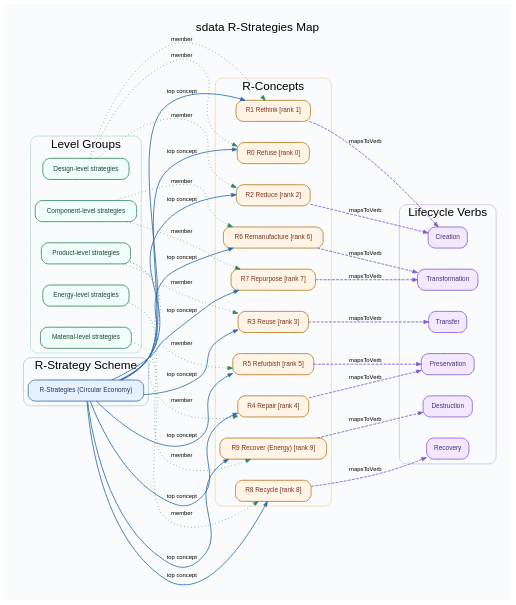
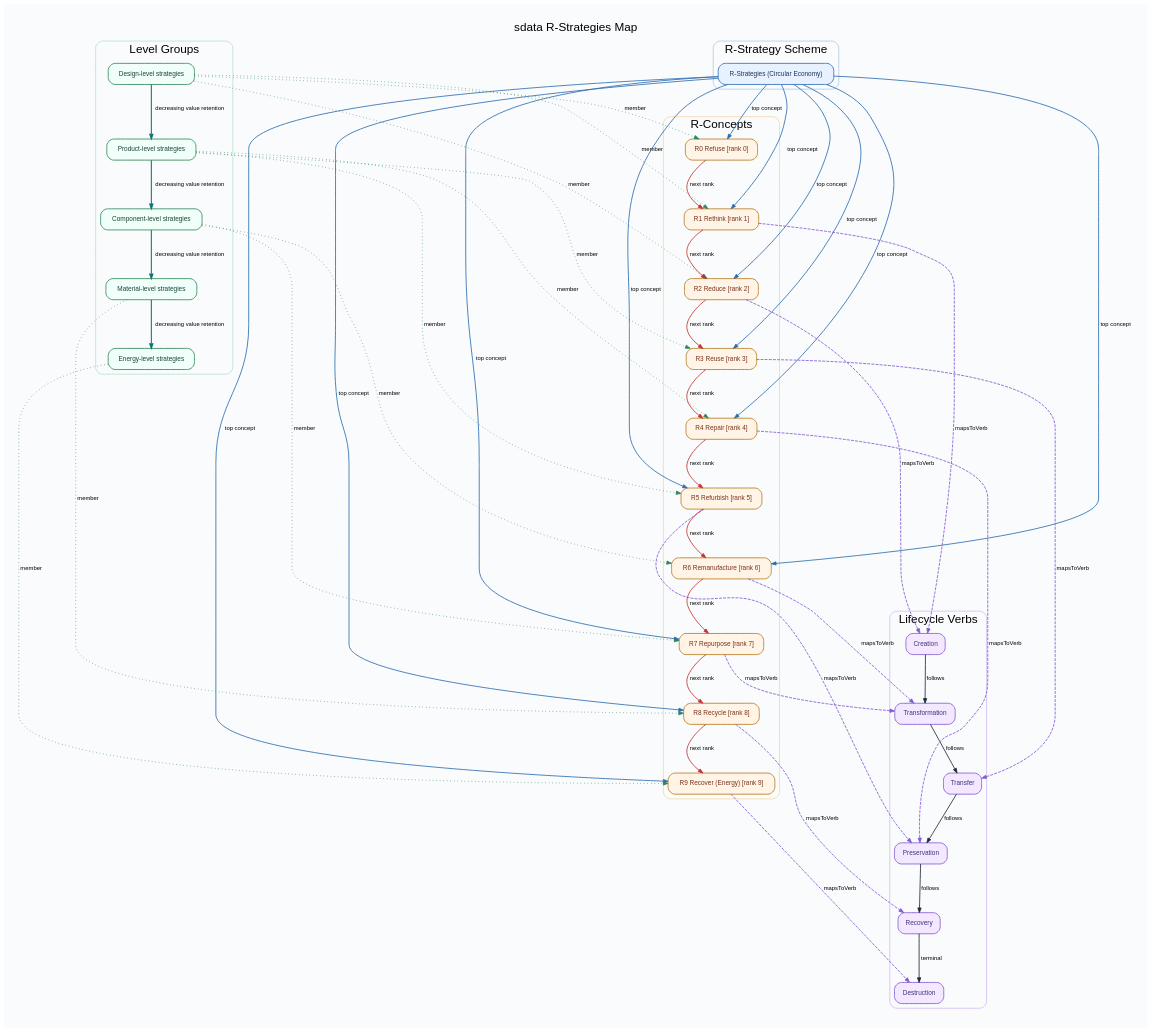
Before and after one commit to lepy/sdata-ontology: the diagram in docs/diagrams/sdata-r-strategies-map.dot, drawn with Graphviz. The commit also changed 2 other files, not shown here.

Commit message:
Refine R-strategies graph ordering and level links

```diff
--- a/docs/diagrams/sdata-r-strategies-map.dot
+++ b/docs/diagrams/sdata-r-strategies-map.dot
@@ -8,7 +8,7 @@
 		nodesep=0.5,
 		overlap=false,
 		pad=0.35,
-		rankdir=LR,
+		rankdir=TB,
 		ranksep=1.0,
 		splines=true
 	];
@@ -26,9 +26,52 @@
 		fontsize=10,
 		penwidth=1.4
 	];
+	subgraph cluster_scheme {
+		graph [color="#90B5E8",
+			label="R-Strategy Scheme",
+			rankdir=TB,
+			style=rounded
+		];
+		"https://w3id.org/sdata/r-strategies/RStrategyScheme"	[color="#2B6CB0",
+			fillcolor="#E8F1FF",
+			fontcolor="#1A365D",
+			label="R-Strategies (Circular Economy)"];
+	}
+	subgraph cluster_verbs {
+		graph [color="#C3A7F2",
+			label="Lifecycle Verbs",
+			rankdir=TB,
+			style=rounded
+		];
+		"https://w3id.org/sdata/core/Creation"	[color="#805AD5",
+			fillcolor="#F3E8FF",
+			fontcolor="#44337A",
+			label=Creation];
+		"https://w3id.org/sdata/core/Destruction"	[color="#805AD5",
+			fillcolor="#F3E8FF",
+			fontcolor="#44337A",
+			label=Destruction];
+		"https://w3id.org/sdata/core/Preservation"	[color="#805AD5",
+			fillcolor="#F3E8FF",
+			fontcolor="#44337A",
+			label=Preservation];
+		"https://w3id.org/sdata/core/Recovery"	[color="#805AD5",
+			fillcolor="#F3E8FF",
+			fontcolor="#44337A",
+			label=Recovery];
+		"https://w3id.org/sdata/core/Transfer"	[color="#805AD5",
+			fillcolor="#F3E8FF",
+			fontcolor="#44337A",
+			label=Transfer];
+		"https://w3id.org/sdata/core/Transformation"	[color="#805AD5",
+			fillcolor="#F3E8FF",
+			fontcolor="#44337A",
+			label=Transformation];
+	}
 	subgraph cluster_groups {
 		graph [color="#9AD9BF",
 			label="Level Groups",
+			rankdir=TB,
 			style=rounded
 		];
 		"https://w3id.org/sdata/r-strategies/ComponentLevel"	[color="#2F855A",
@@ -52,19 +95,10 @@
 			fontcolor="#1C4532",
 			label="Product-level strategies"];
 	}
-	subgraph cluster_scheme {
-		graph [color="#90B5E8",
-			label="R-Strategy Scheme",
-			style=rounded
-		];
-		"https://w3id.org/sdata/r-strategies/RStrategyScheme"	[color="#2B6CB0",
-			fillcolor="#E8F1FF",
-			fontcolor="#1A365D",
-			label="R-Strategies (Circular Economy)"];
-	}
 	subgraph cluster_concepts {
 		graph [color="#F3C887",
 			label="R-Concepts",
+			rankdir=TB,
 			style=rounded
 		];
 		"https://w3id.org/sdata/r-strategies/R0_Refuse"	[color="#B7791F",
@@ -108,42 +142,99 @@
 			fontcolor="#7B341E",
 			label="R9 Recover (Energy) [rank 9]"];
 	}
-	subgraph cluster_verbs {
-		graph [color="#C3A7F2",
-			label="Lifecycle Verbs",
-			style=rounded
+	subgraph cluster_rank_0_R0_Refuse {
+		graph [rank=same,
+			style=invis
 		];
-		"https://w3id.org/sdata/core/Creation"	[color="#805AD5",
-			fillcolor="#F3E8FF",
-			fontcolor="#44337A",
-			label=Creation];
-		"https://w3id.org/sdata/core/Destruction"	[color="#805AD5",
-			fillcolor="#F3E8FF",
-			fontcolor="#44337A",
-			label=Destruction];
-		"https://w3id.org/sdata/core/Preservation"	[color="#805AD5",
-			fillcolor="#F3E8FF",
-			fontcolor="#44337A",
-			label=Preservation];
-		"https://w3id.org/sdata/core/Recovery"	[color="#805AD5",
-			fillcolor="#F3E8FF",
-			fontcolor="#44337A",
-			label=Recovery];
-		"https://w3id.org/sdata/core/Transfer"	[color="#805AD5",
-			fillcolor="#F3E8FF",
-			fontcolor="#44337A",
-			label=Transfer];
-		"https://w3id.org/sdata/core/Transformation"	[color="#805AD5",
-			fillcolor="#F3E8FF",
-			fontcolor="#44337A",
-			label=Transformation];
+		"https://w3id.org/sdata/r-strategies/R0_Refuse";
 	}
+	subgraph cluster_rank_1_R1_Rethink {
+		graph [rank=same,
+			style=invis
+		];
+		"https://w3id.org/sdata/r-strategies/R1_Rethink";
+	}
+	subgraph cluster_rank_2_R2_Reduce {
+		graph [rank=same,
+			style=invis
+		];
+		"https://w3id.org/sdata/r-strategies/R2_Reduce";
+	}
+	subgraph cluster_rank_3_R3_Reuse {
+		graph [rank=same,
+			style=invis
+		];
+		"https://w3id.org/sdata/r-strategies/R3_Reuse";
+	}
+	subgraph cluster_rank_4_R4_Repair {
+		graph [rank=same,
+			style=invis
+		];
+		"https://w3id.org/sdata/r-strategies/R4_Repair";
+	}
+	subgraph cluster_rank_5_R5_Refurbish {
+		graph [rank=same,
+			style=invis
+		];
+		"https://w3id.org/sdata/r-strategies/R5_Refurbish";
+	}
+	subgraph cluster_rank_6_R6_Remanufacture {
+		graph [rank=same,
+			style=invis
+		];
+		"https://w3id.org/sdata/r-strategies/R6_Remanufacture";
+	}
+	subgraph cluster_rank_7_R7_Repurpose {
+		graph [rank=same,
+			style=invis
+		];
+		"https://w3id.org/sdata/r-strategies/R7_Repurpose";
+	}
+	subgraph cluster_rank_8_R8_Recycle {
+		graph [rank=same,
+			style=invis
+		];
+		"https://w3id.org/sdata/r-strategies/R8_Recycle";
+	}
+	subgraph cluster_rank_9_R9_Recover {
+		graph [rank=same,
+			style=invis
+		];
+		"https://w3id.org/sdata/r-strategies/R9_Recover";
+	}
+	"https://w3id.org/sdata/core/Creation" -> "https://w3id.org/sdata/core/Transformation"	[color="#1F2937",
+		label=follows,
+		style=solid];
+	"https://w3id.org/sdata/core/Preservation" -> "https://w3id.org/sdata/core/Recovery"	[color="#1F2937",
+		label=follows,
+		style=solid];
+	"https://w3id.org/sdata/core/Recovery" -> "https://w3id.org/sdata/core/Destruction"	[color="#1F2937",
+		label=terminal,
+		style=solid];
+	"https://w3id.org/sdata/core/Transfer" -> "https://w3id.org/sdata/core/Preservation"	[color="#1F2937",
+		label=follows,
+		style=solid];
+	"https://w3id.org/sdata/core/Transformation" -> "https://w3id.org/sdata/core/Transfer"	[color="#1F2937",
+		label=follows,
+		style=solid];
+	"https://w3id.org/sdata/r-strategies/ComponentLevel" -> "https://w3id.org/sdata/r-strategies/MaterialLevel"	[color="#0F766E",
+		constraint=true,
+		label="decreasing value retention",
+		penwidth=1.8,
+		style=solid,
+		weight=80];
 	"https://w3id.org/sdata/r-strategies/ComponentLevel" -> "https://w3id.org/sdata/r-strategies/R6_Remanufacture"	[color="#2F855A",
 		label=member,
 		style=dotted];
 	"https://w3id.org/sdata/r-strategies/ComponentLevel" -> "https://w3id.org/sdata/r-strategies/R7_Repurpose"	[color="#2F855A",
 		label=member,
 		style=dotted];
+	"https://w3id.org/sdata/r-strategies/DesignLevel" -> "https://w3id.org/sdata/r-strategies/ProductLevel"	[color="#0F766E",
+		constraint=true,
+		label="decreasing value retention",
+		penwidth=1.8,
+		style=solid,
+		weight=80];
 	"https://w3id.org/sdata/r-strategies/DesignLevel" -> "https://w3id.org/sdata/r-strategies/R0_Refuse"	[color="#2F855A",
 		label=member,
 		style=dotted];
@@ -156,9 +247,21 @@
 	"https://w3id.org/sdata/r-strategies/EnergyLevel" -> "https://w3id.org/sdata/r-strategies/R9_Recover"	[color="#2F855A",
 		label=member,
 		style=dotted];
+	"https://w3id.org/sdata/r-strategies/MaterialLevel" -> "https://w3id.org/sdata/r-strategies/EnergyLevel"	[color="#0F766E",
+		constraint=true,
+		label="decreasing value retention",
+		penwidth=1.8,
+		style=solid,
+		weight=80];
 	"https://w3id.org/sdata/r-strategies/MaterialLevel" -> "https://w3id.org/sdata/r-strategies/R8_Recycle"	[color="#2F855A",
 		label=member,
 		style=dotted];
+	"https://w3id.org/sdata/r-strategies/ProductLevel" -> "https://w3id.org/sdata/r-strategies/ComponentLevel"	[color="#0F766E",
+		constraint=true,
+		label="decreasing value retention",
+		penwidth=1.8,
+		style=solid,
+		weight=80];
 	"https://w3id.org/sdata/r-strategies/ProductLevel" -> "https://w3id.org/sdata/r-strategies/R3_Reuse"	[color="#2F855A",
 		label=member,
 		style=dotted];
@@ -168,30 +271,84 @@
 	"https://w3id.org/sdata/r-strategies/ProductLevel" -> "https://w3id.org/sdata/r-strategies/R5_Refurbish"	[color="#2F855A",
 		label=member,
 		style=dotted];
+	"https://w3id.org/sdata/r-strategies/R0_Refuse" -> "https://w3id.org/sdata/r-strategies/R1_Rethink"	[color="#C53030",
+		label="next rank",
+		style=bold];
+	"https://w3id.org/sdata/r-strategies/R0_Refuse" -> "https://w3id.org/sdata/r-strategies/R1_Rethink"	[constraint=true,
+		style=invis,
+		weight=50];
 	"https://w3id.org/sdata/r-strategies/R1_Rethink" -> "https://w3id.org/sdata/core/Creation"	[color="#805AD5",
 		label=mapsToVerb,
 		style=dashed];
+	"https://w3id.org/sdata/r-strategies/R1_Rethink" -> "https://w3id.org/sdata/r-strategies/R2_Reduce"	[color="#C53030",
+		label="next rank",
+		style=bold];
+	"https://w3id.org/sdata/r-strategies/R1_Rethink" -> "https://w3id.org/sdata/r-strategies/R2_Reduce"	[constraint=true,
+		style=invis,
+		weight=50];
 	"https://w3id.org/sdata/r-strategies/R2_Reduce" -> "https://w3id.org/sdata/core/Creation"	[color="#805AD5",
 		label=mapsToVerb,
 		style=dashed];
+	"https://w3id.org/sdata/r-strategies/R2_Reduce" -> "https://w3id.org/sdata/r-strategies/R3_Reuse"	[color="#C53030",
+		label="next rank",
+		style=bold];
+	"https://w3id.org/sdata/r-strategies/R2_Reduce" -> "https://w3id.org/sdata/r-strategies/R3_Reuse"	[constraint=true,
+		style=invis,
+		weight=50];
 	"https://w3id.org/sdata/r-strategies/R3_Reuse" -> "https://w3id.org/sdata/core/Transfer"	[color="#805AD5",
 		label=mapsToVerb,
 		style=dashed];
+	"https://w3id.org/sdata/r-strategies/R3_Reuse" -> "https://w3id.org/sdata/r-strategies/R4_Repair"	[color="#C53030",
+		label="next rank",
+		style=bold];
+	"https://w3id.org/sdata/r-strategies/R3_Reuse" -> "https://w3id.org/sdata/r-strategies/R4_Repair"	[constraint=true,
+		style=invis,
+		weight=50];
 	"https://w3id.org/sdata/r-strategies/R4_Repair" -> "https://w3id.org/sdata/core/Preservation"	[color="#805AD5",
 		label=mapsToVerb,
 		style=dashed];
+	"https://w3id.org/sdata/r-strategies/R4_Repair" -> "https://w3id.org/sdata/r-strategies/R5_Refurbish"	[color="#C53030",
+		label="next rank",
+		style=bold];
+	"https://w3id.org/sdata/r-strategies/R4_Repair" -> "https://w3id.org/sdata/r-strategies/R5_Refurbish"	[constraint=true,
+		style=invis,
+		weight=50];
 	"https://w3id.org/sdata/r-strategies/R5_Refurbish" -> "https://w3id.org/sdata/core/Preservation"	[color="#805AD5",
 		label=mapsToVerb,
 		style=dashed];
+	"https://w3id.org/sdata/r-strategies/R5_Refurbish" -> "https://w3id.org/sdata/r-strategies/R6_Remanufacture"	[color="#C53030",
+		label="next rank",
+		style=bold];
+	"https://w3id.org/sdata/r-strategies/R5_Refurbish" -> "https://w3id.org/sdata/r-strategies/R6_Remanufacture"	[constraint=true,
+		style=invis,
+		weight=50];
 	"https://w3id.org/sdata/r-strategies/R6_Remanufacture" -> "https://w3id.org/sdata/core/Transformation"	[color="#805AD5",
 		label=mapsToVerb,
 		style=dashed];
+	"https://w3id.org/sdata/r-strategies/R6_Remanufacture" -> "https://w3id.org/sdata/r-strategies/R7_Repurpose"	[color="#C53030",
+		label="next rank",
+		style=bold];
+	"https://w3id.org/sdata/r-strategies/R6_Remanufacture" -> "https://w3id.org/sdata/r-strategies/R7_Repurpose"	[constraint=true,
+		style=invis,
+		weight=50];
 	"https://w3id.org/sdata/r-strategies/R7_Repurpose" -> "https://w3id.org/sdata/core/Transformation"	[color="#805AD5",
 		label=mapsToVerb,
 		style=dashed];
+	"https://w3id.org/sdata/r-strategies/R7_Repurpose" -> "https://w3id.org/sdata/r-strategies/R8_Recycle"	[color="#C53030",
+		label="next rank",
+		style=bold];
+	"https://w3id.org/sdata/r-strategies/R7_Repurpose" -> "https://w3id.org/sdata/r-strategies/R8_Recycle"	[constraint=true,
+		style=invis,
+		weight=50];
 	"https://w3id.org/sdata/r-strategies/R8_Recycle" -> "https://w3id.org/sdata/core/Recovery"	[color="#805AD5",
 		label=mapsToVerb,
 		style=dashed];
+	"https://w3id.org/sdata/r-strategies/R8_Recycle" -> "https://w3id.org/sdata/r-strategies/R9_Recover"	[color="#C53030",
+		label="next rank",
+		style=bold];
+	"https://w3id.org/sdata/r-strategies/R8_Recycle" -> "https://w3id.org/sdata/r-strategies/R9_Recover"	[constraint=true,
+		style=invis,
+		weight=50];
 	"https://w3id.org/sdata/r-strategies/R9_Recover" -> "https://w3id.org/sdata/core/Destruction"	[color="#805AD5",
 		label=mapsToVerb,
 		style=dashed];
```
